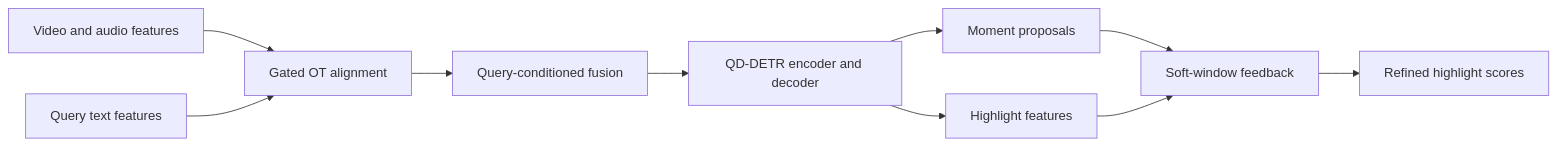
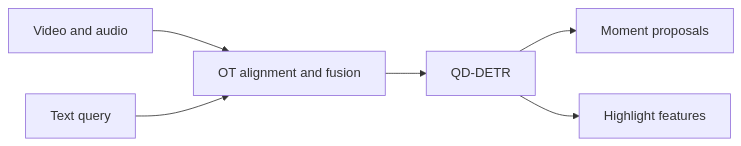
Before and after one commit to CatAlvin/OCS-DETR: the first of 2 diagrams in README.md, drawn with Mermaid. The commit also changed other lines of this file and 1 other file, not shown here.

Commit message:
Improve overview diagram readability and focus the project narrative

````diff
--- a/README.md
+++ b/README.md
@@ -28,12 +28,8 @@
 ```mermaid
 flowchart LR
-  V[Video and audio features] --> A[Gated OT alignment]
-  T[Query text features] --> A
-  A --> C[Query-conditioned fusion]
-  C --> D[QD-DETR encoder and decoder]
+  V[Video and audio] --> A[OT alignment and fusion]
+  T[Text query] --> A
+  A --> D[QD-DETR]
   D --> M[Moment proposals]
   D --> H[Highlight features]
-  M --> F[Soft-window feedback]
-  H --> F
-  F --> S[Refined highlight scores]
 ```
````
